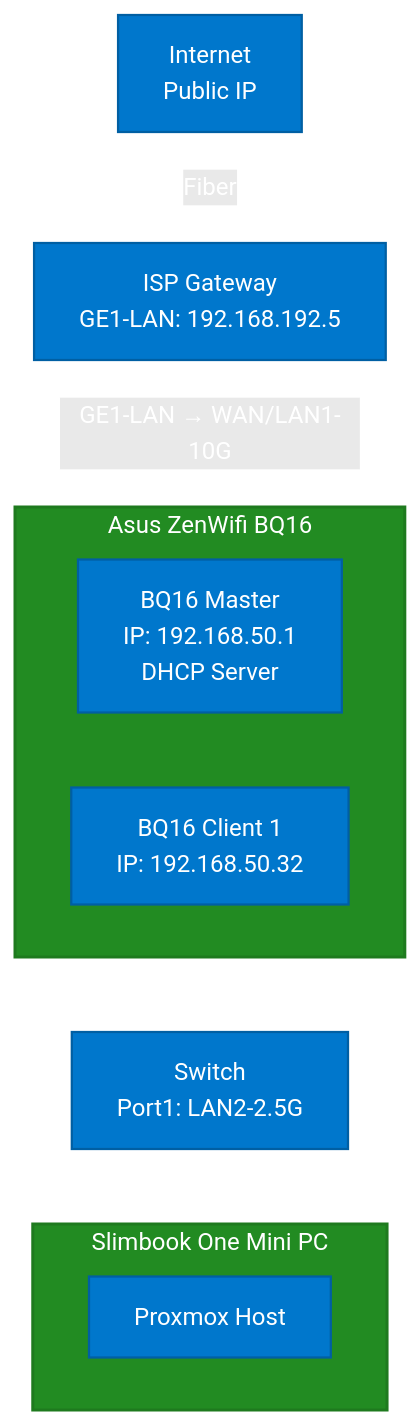
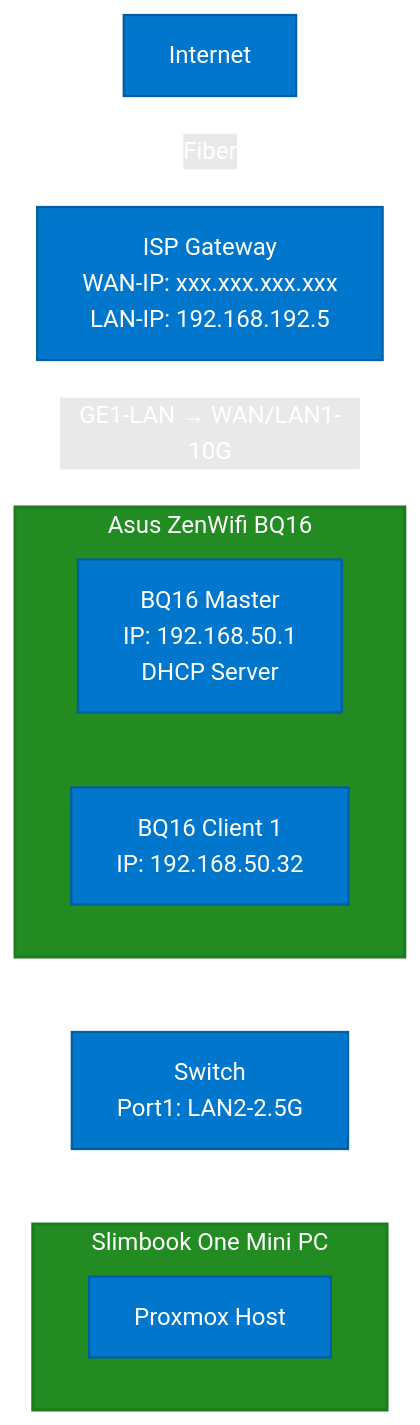
Before and after one commit to lukkeutgens/Homelab: the diagram in Research/architecture.md, drawn with Mermaid.

````diff
--- a/Research/architecture.md
+++ b/Research/architecture.md
@@ -4,34 +4,34 @@
 ```mermaid
 flowchart TD
-    A[Internet<br/>Public IP] <-->|Fiber| B[ISP Gateway<br/>GE1-LAN: 192.168.192.5]
+    A[Internet] <-->|Fiber| B[ISP Gateway<br/>WAN-IP: xxx.xxx.xxx.xxx<br/>LAN-IP: 192.168.192.5]
     B <-->|GE1-LAN → WAN/LAN1-10G| ZW
 
     %% ZenWifi groep met horizontale layout
     subgraph ZW [Asus ZenWifi BQ16]
         direction LR
         C[BQ16 Master<br/>IP: 192.168.50.1<br/>DHCP Server]
         D[BQ16 Client 1<br/>IP: 192.168.50.32]
     end
 
     %% Switch onder Master
     C --> S[Switch<br/>Port1: LAN2-2.5G]
     S --> SLIM[Mini PC: Slimbook One<br/>IP: 192.168.50.x<br/>OS: Proxmox]
 
     %% Slimbook groep
     subgraph SLIM [Slimbook One Mini PC]
         P[Proxmox Host]
         %% Hier komen later de VM's
     end
 
     %% Styling
     style A fill:#0077cc,color:#ffffff,stroke:#005fa3,stroke-width:1.5px
     style B fill:#0077cc,color:#ffffff,stroke:#005fa3,stroke-width:1.5px
     style C fill:#0077cc,color:#ffffff,stroke:#005fa3,stroke-width:1.5px
     style D fill:#0077cc,color:#ffffff,stroke:#005fa3,stroke-width:1.5px
     style S fill:#0077cc,color:#ffffff,stroke:#005fa3,stroke-width:1.5px
     style SLIM fill:#228b22,color:#ffffff,stroke:#1e7a1e,stroke-width:2px
     style ZW fill:#228b22,color:#ffffff,stroke:#1e7a1e,stroke-width:2px
     style P fill:#0077cc,color:#ffffff,stroke:#005fa3,stroke-width:1.5px
 
     linkStyle default stroke:#ffffff,stroke-width:1.5px,color:#ffffff
 ```
````
